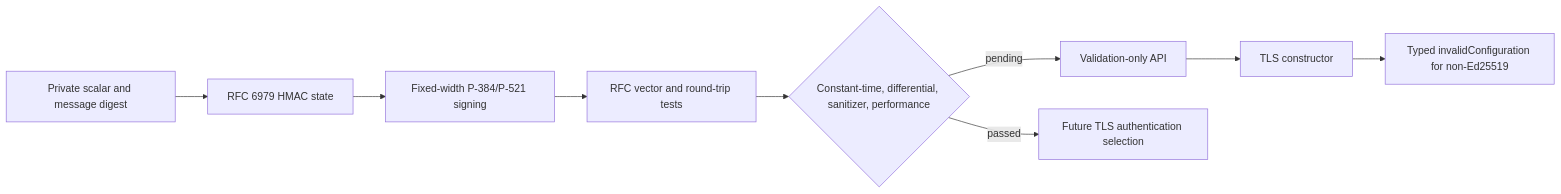
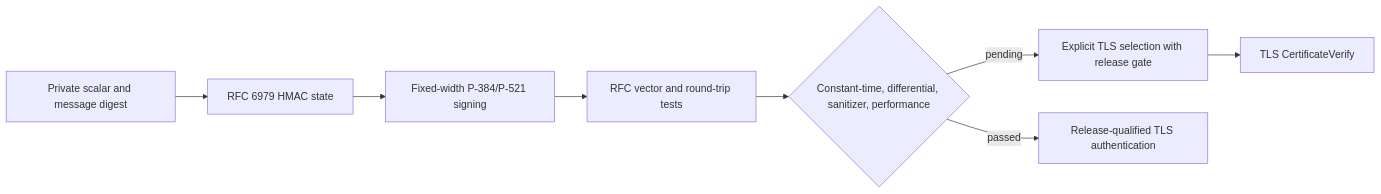
One commit to 1amageek/swift-ssl changed the diagram in docs/adr/0031-p384-p521-ecdsa-validation-backend.md. Above: the diagram before and after it, drawn with Mermaid. The commit also changed other lines of this file and 5 other files, not shown here.

Commit message:
Connect ECDSA curves to TLS CertificateVerify

````diff
--- a/docs/adr/0031-p384-p521-ecdsa-validation-backend.md
+++ b/docs/adr/0031-p384-p521-ecdsa-validation-backend.md
@@ -23,11 +24,10 @@
 ```mermaid
 flowchart LR
     Input[Private scalar and message digest] --> RFC[RFC 6979 HMAC state]
     RFC --> Sign[Fixed-width P-384/P-521 signing]
     Sign --> Vector[RFC vector and round-trip tests]
     Vector --> Gates{Constant-time, differential, sanitizer, performance}
-    Gates -->|pending| Validation[Validation-only API]
-    Gates -->|passed| Future[Future TLS authentication selection]
-    Validation --> TLS[TLS constructor]
-    TLS --> Reject[Typed invalidConfiguration for non-Ed25519]
+    Gates -->|pending| Explicit[Explicit TLS selection with release gate]
+    Gates -->|passed| Qualified[Release-qualified TLS authentication]
+    Explicit --> TLS[TLS CertificateVerify]
 ```
````
